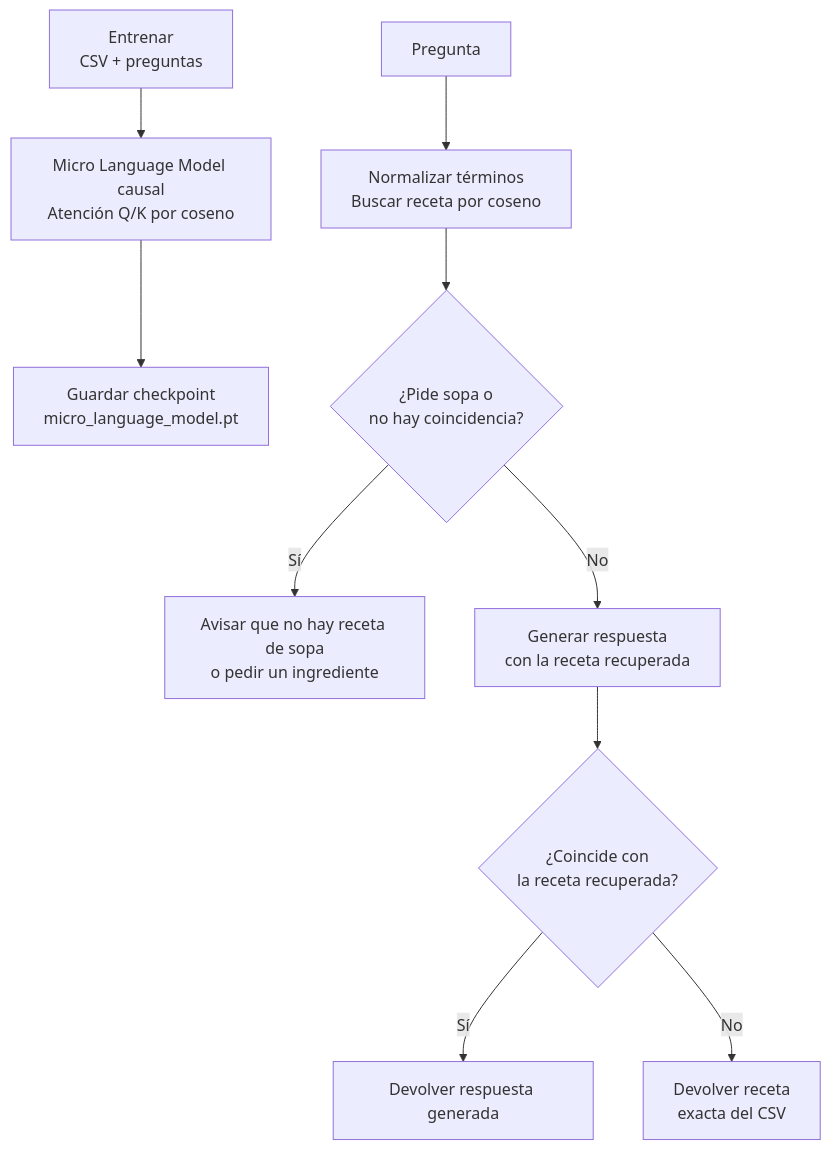
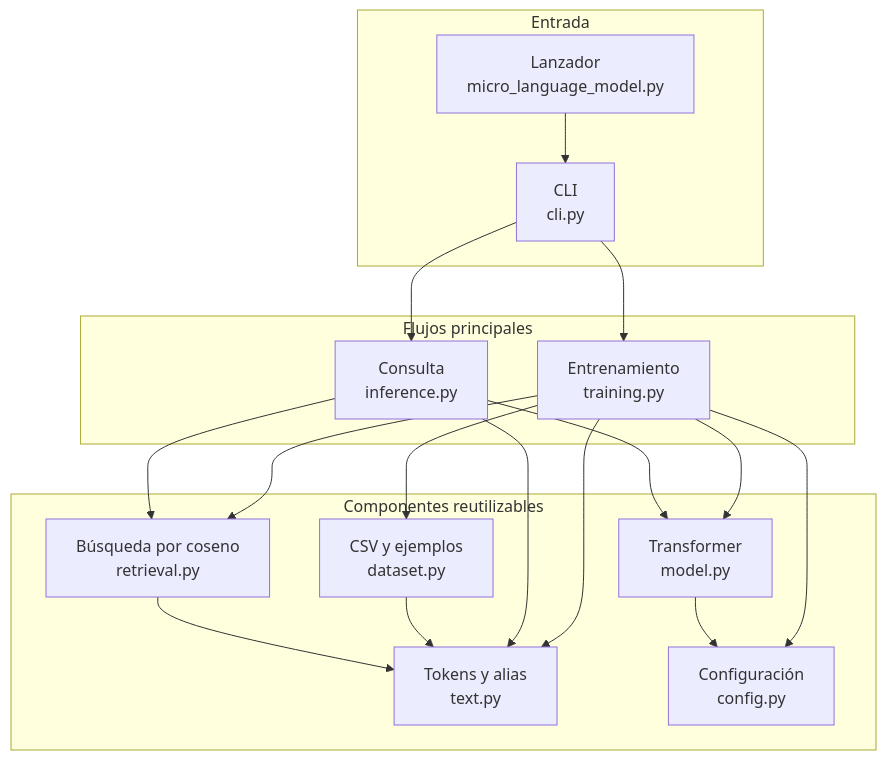
Before and after one commit to liljemery/micro-language-model: the diagram in README.md, drawn with Mermaid. The commit also changed other lines of this file, not shown here.

Commit message:
Simplify README architecture diagram

````diff
--- a/README.md
+++ b/README.md
@@ -58,12 +58,25 @@
 ```mermaid
 flowchart TD
-    A["Entrenar<br/>CSV + preguntas"] --> B["Micro Language Model causal<br/>Atención Q/K por coseno"]
-    B --> C["Guardar checkpoint<br/>micro_language_model.pt"]
-    D["Pregunta"] --> E["Normalizar términos<br/>Buscar receta por coseno"]
-    E --> F{"¿Pide sopa o<br/>no hay coincidencia?"}
-    F -- Sí --> G["Avisar que no hay receta de sopa<br/>o pedir un ingrediente"]
-    F -- No --> H["Generar respuesta<br/>con la receta recuperada"]
-    H --> I{"¿Coincide con<br/>la receta recuperada?"}
-    I -- Sí --> J["Devolver respuesta generada"]
-    I -- No --> K["Devolver receta<br/>exacta del CSV"]
+    subgraph entry["Entrada"]
+        A["Lanzador<br/>micro_language_model.py"] --> B["CLI<br/>cli.py"]
+    end
+
+    subgraph workflows["Flujos principales"]
+        B --> C["Entrenamiento<br/>training.py"]
+        B --> D["Consulta<br/>inference.py"]
+    end
+
+    subgraph components["Componentes reutilizables"]
+        C --> E["CSV y ejemplos<br/>dataset.py"]
+        C --> F["Transformer<br/>model.py"]
+        C --> G["Búsqueda por coseno<br/>retrieval.py"]
+        C --> H["Tokens y alias<br/>text.py"]
+        C --> I["Configuración<br/>config.py"]
+        D --> F
+        D --> G
+        D --> H
+        E --> H
+        G --> H
+        F --> I
+    end
 ```
````
